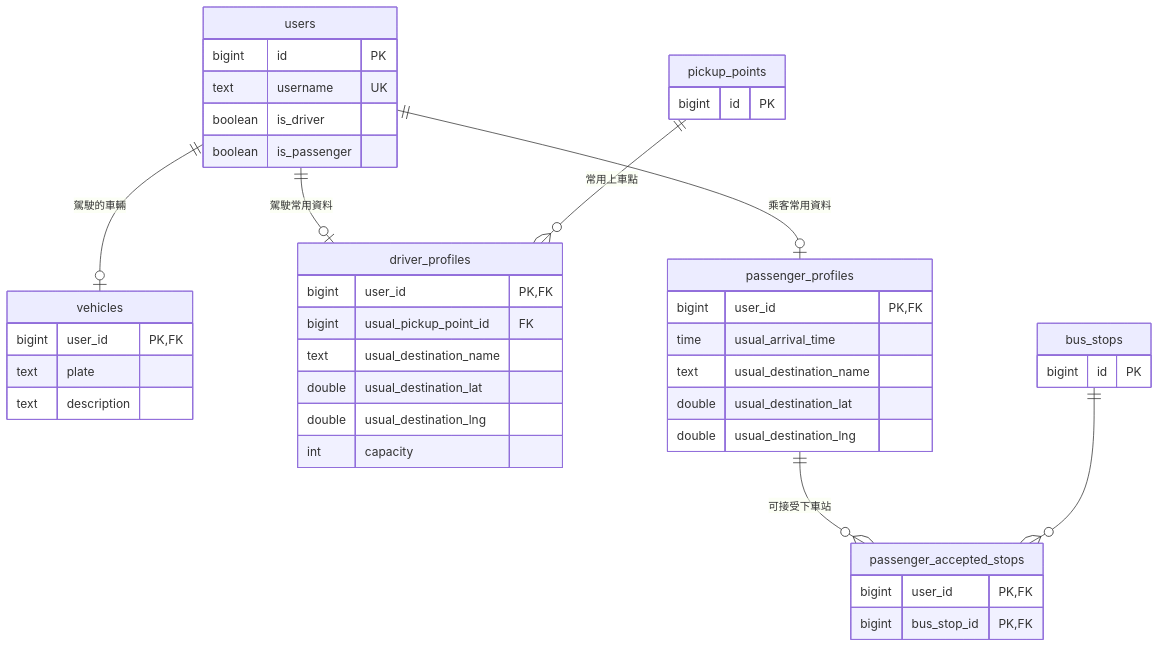
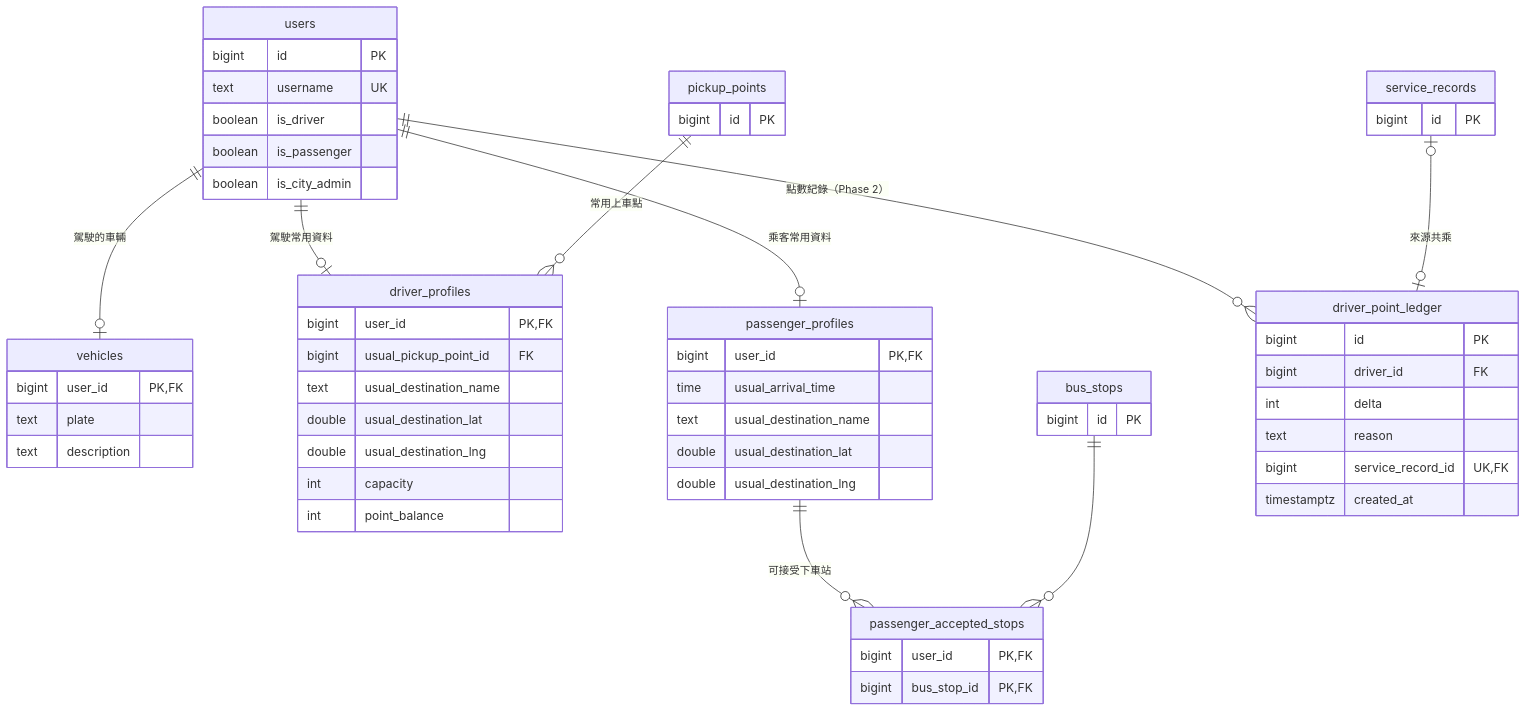
Before and after one commit to sohoffice/debugthon-carpool: the second of 15 diagrams in docs/design.md, drawn with Mermaid. The commit also changed other lines of this file and 1 other file, not shown here.

First line of the commit message:
Phase 2: driver points, driver info, traffic and weather, supply-demand history, city dashboard

````diff
--- a/docs/design.md
+++ b/docs/design.md
@@ -356,46 +380,61 @@
 ```mermaid
 erDiagram
     users ||--o| vehicles : "駕駛的車輛"
     users ||--o| driver_profiles : "駕駛常用資料"
     users ||--o| passenger_profiles : "乘客常用資料"
     passenger_profiles ||--o{ passenger_accepted_stops : "可接受下車站"
     bus_stops ||--o{ passenger_accepted_stops : ""
     pickup_points ||--o{ driver_profiles : "常用上車點"
+    users ||--o{ driver_point_ledger : "點數紀錄（Phase 2）"
+    service_records |o--o| driver_point_ledger : "來源共乘"
 
     users {
         bigint id PK
         text username UK
         boolean is_driver
         boolean is_passenger
+        boolean is_city_admin
     }
     vehicles {
         bigint user_id PK, FK
         text plate
         text description
     }
     driver_profiles {
         bigint user_id PK, FK
         bigint usual_pickup_point_id FK
         text usual_destination_name
         double usual_destination_lat
         double usual_destination_lng
         int capacity
+        int point_balance
+    }
+    driver_point_ledger {
+        bigint id PK
+        bigint driver_id FK
+        int delta
+        text reason
+        bigint service_record_id UK, FK
+        timestamptz created_at
     }
     passenger_profiles {
         bigint user_id PK, FK
         time usual_arrival_time
         text usual_destination_name
         double usual_destination_lat
         double usual_destination_lng
     }
     passenger_accepted_stops {
         bigint user_id PK, FK
         bigint bus_stop_id PK, FK
     }
     pickup_points {
         bigint id PK
     }
     bus_stops {
         bigint id PK
     }
+    service_records {
+        bigint id PK
+    }
 ```
````
